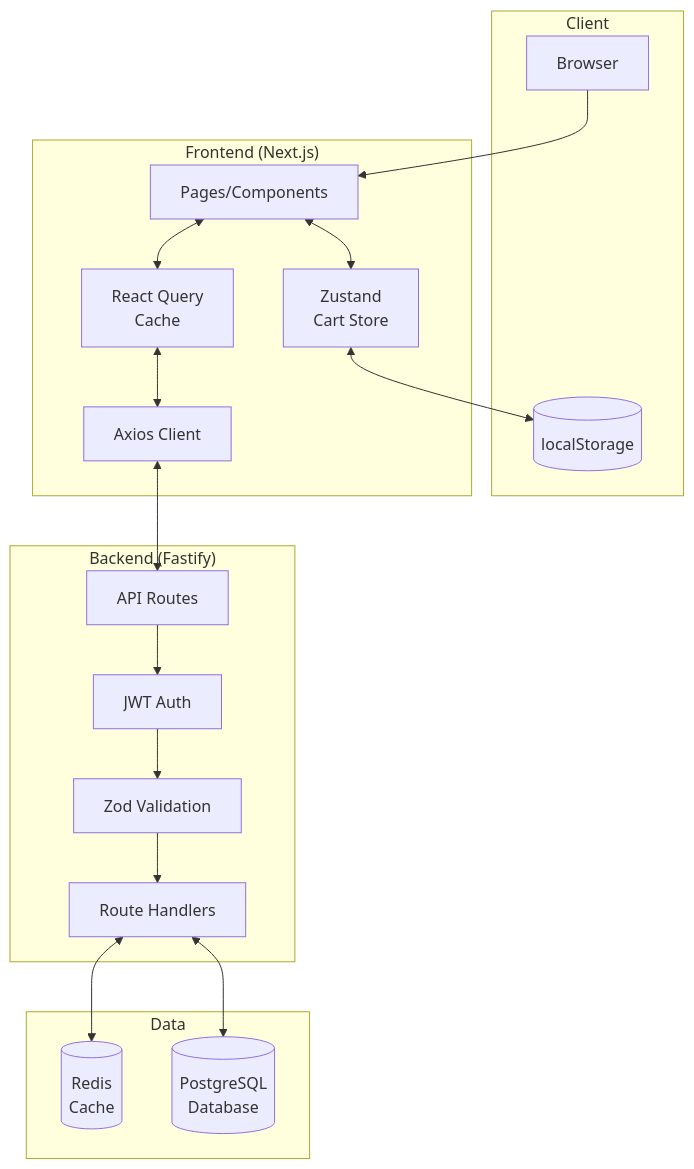
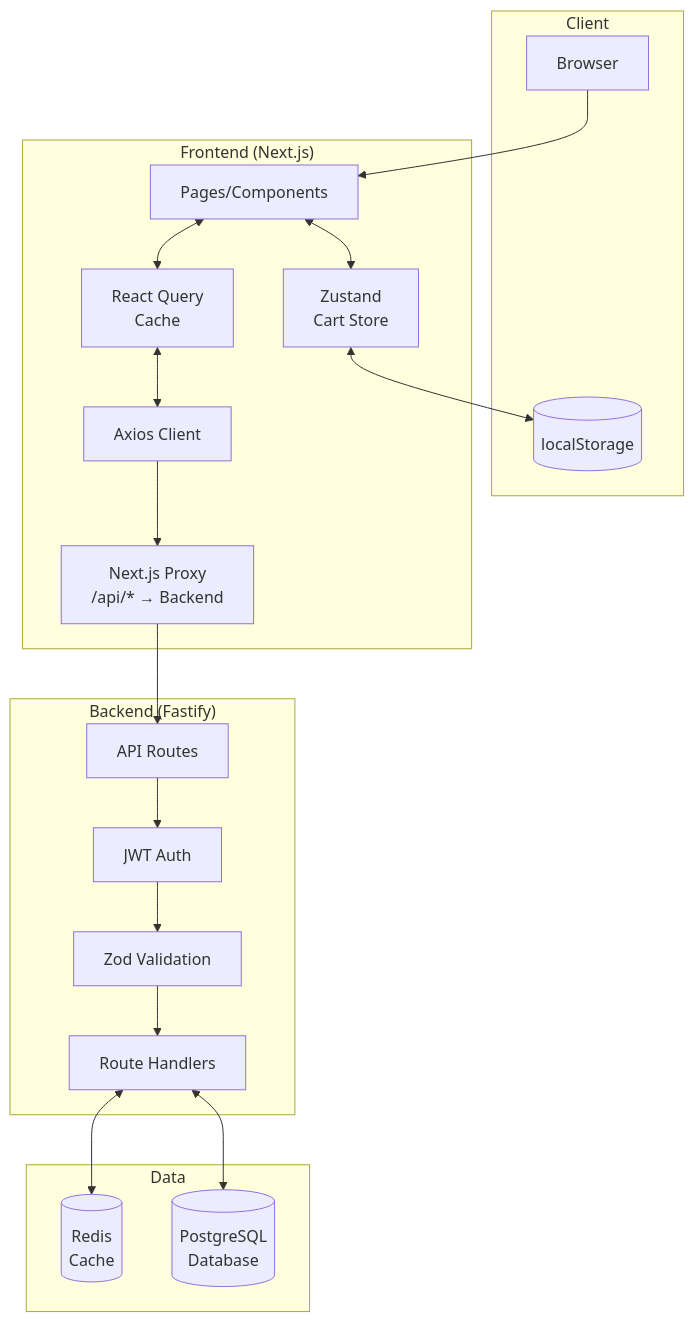
The tenth of 10 diagrams in ecommerce-demo/slides/SEQUENCE_DIAGRAMS_eng.md (lorenzogirardi/ai-ecom-demo), drawn with Mermaid before and after one commit. The commit also changed other lines of this file and 1 other file, not shown here.

First line of the commit message:
docs: update sequence diagrams with Next.js proxy pattern

````diff
--- a/ecommerce-demo/slides/SEQUENCE_DIAGRAMS_eng.md
+++ b/ecommerce-demo/slides/SEQUENCE_DIAGRAMS_eng.md
@@ -347,38 +365,40 @@
 ```mermaid
 flowchart TB
     subgraph Client
         Browser[Browser]
         LS[(localStorage)]
     end
 
     subgraph Frontend["Frontend (Next.js)"]
         Pages[Pages/Components]
         RQ[React Query<br/>Cache]
         Zustand[Zustand<br/>Cart Store]
         Axios[Axios Client]
+        Proxy[Next.js Proxy<br/>/api/* → Backend]
     end
 
     subgraph Backend["Backend (Fastify)"]
         Routes[API Routes]
         Auth[JWT Auth]
         Valid[Zod Validation]
         Handlers[Route Handlers]
     end
 
     subgraph Data
         Redis[(Redis<br/>Cache)]
         PG[(PostgreSQL<br/>Database)]
     end
 
     Browser --> Pages
     Pages <--> RQ
     Pages <--> Zustand
     Zustand <--> LS
     RQ <--> Axios
-    Axios <--> Routes
+    Axios --> Proxy
+    Proxy --> Routes
     Routes --> Auth
     Auth --> Valid
     Valid --> Handlers
     Handlers <--> Redis
     Handlers <--> PG
 ```
````
